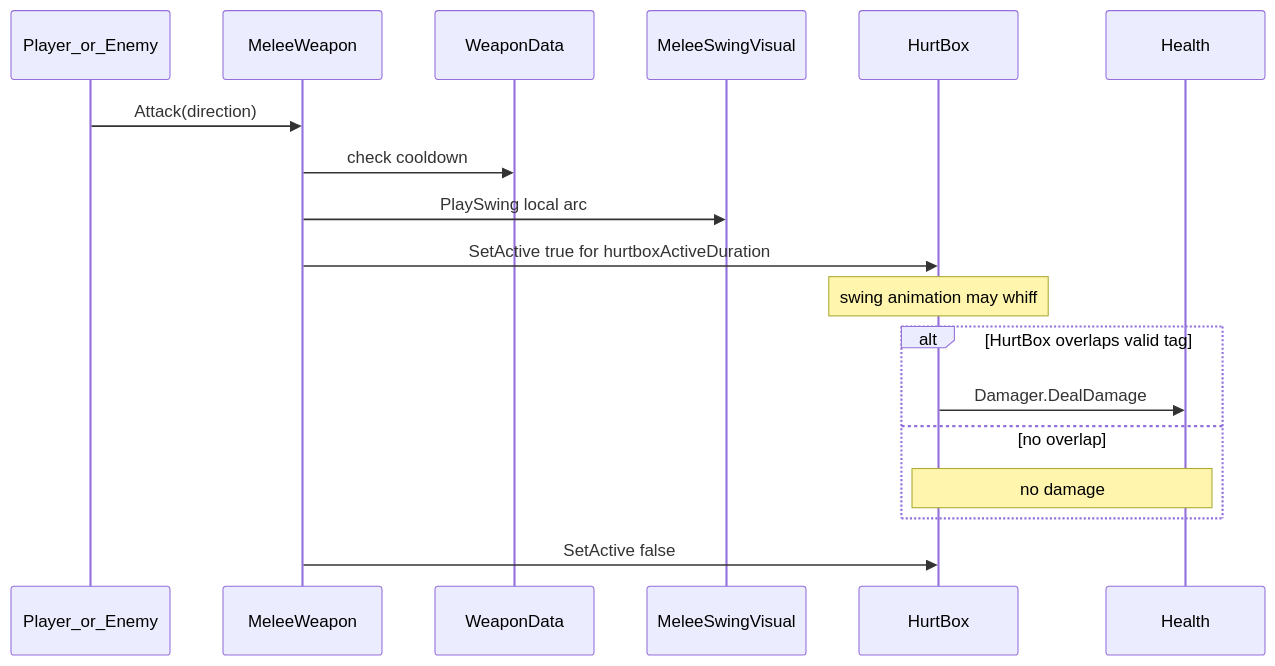
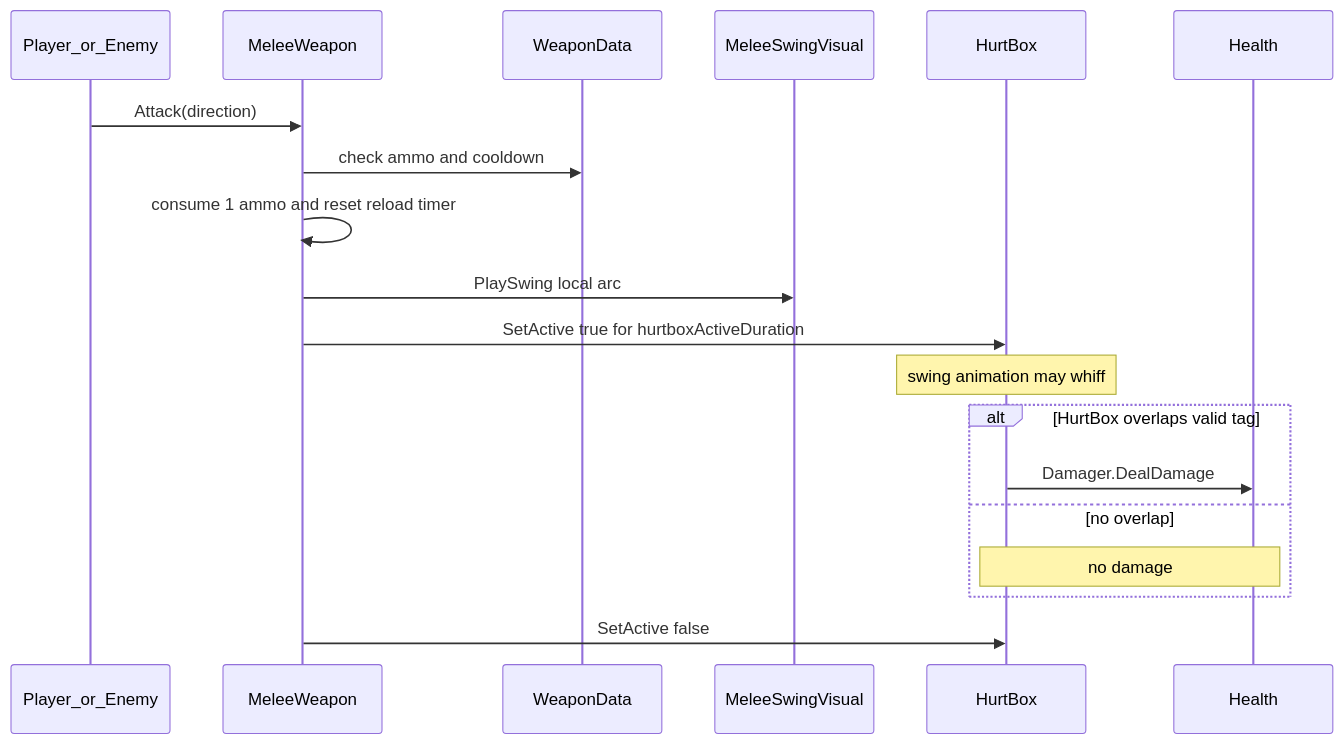
Before and after one commit to Oaktheplayer/115A_NTHUGDC_OOPIntro: the fourth of 8 diagrams in Assets/Docs/LAB.md, drawn with Mermaid. The commit also changed other lines of this file and 8 other files, not shown here.

````diff
--- a/Assets/Docs/LAB.md
+++ b/Assets/Docs/LAB.md
@@ -182,21 +183,22 @@
 ```mermaid
 sequenceDiagram
   participant Caller as Player_or_Enemy
   participant W as MeleeWeapon
   participant WD as WeaponData
   participant Visual as MeleeSwingVisual
   participant HB as HurtBox
   participant HP as Health
 
   Caller->>W: Attack(direction)
-  W->>WD: check cooldown
+  W->>WD: check ammo and cooldown
+  W->>W: consume 1 ammo and reset reload timer
   W->>Visual: PlaySwing local arc
   W->>HB: SetActive true for hurtboxActiveDuration
   Note over HB: swing animation may whiff
   alt HurtBox overlaps valid tag
     HB->>HP: Damager.DealDamage
   else no overlap
     Note over HB,HP: no damage
   end
   W->>HB: SetActive false
 ```
````
